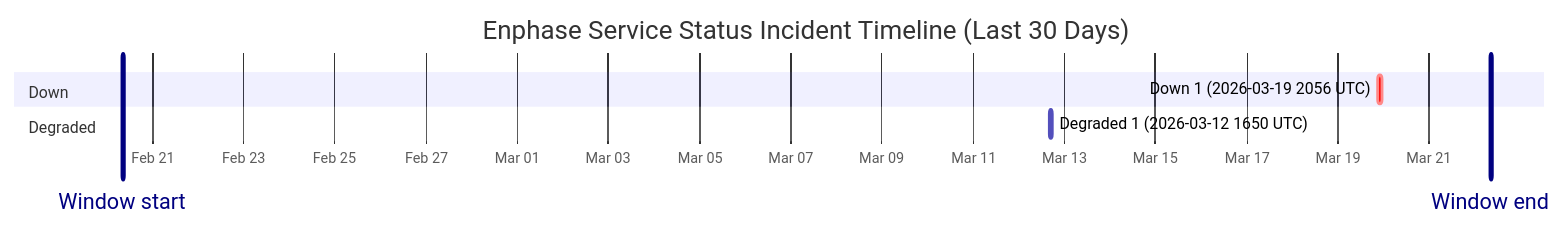
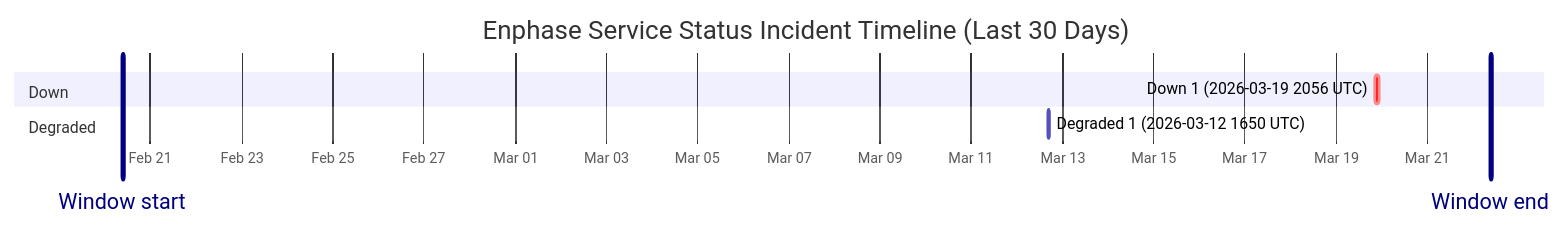
One commit to barneyonline/ha-enphase-ev-charger changed the diagram in wiki/Service-Status-History.md. Above: the diagram before and after it, drawn with Mermaid. The commit also changed other lines of this file and 3 other files, not shown here.

````diff
--- a/wiki/Service-Status-History.md
+++ b/wiki/Service-Status-History.md
@@ -14,12 +14,12 @@
 ```mermaid
 gantt
     title Enphase Service Status Incident Timeline (Last 30 Days)
     dateFormat  YYYY-MM-DDTHH:mm:ss
     axisFormat  %b %d
-    Window start :vert, window-start, 2026-02-20T08:23:38, 0ms
-    Window end :vert, window-end, 2026-03-22T08:23:38, 0ms
+    Window start :vert, window-start, 2026-02-20T09:23:28, 0ms
+    Window end :vert, window-end, 2026-03-22T09:23:28, 0ms
     section Down
     Down 1 (2026-03-19 2056 UTC) :crit, down-1, 2026-03-19T20:56:20, 145m
     section Degraded
     Degraded 1 (2026-03-12 1650 UTC) :active, degraded-1, 2026-03-12T16:50:43, 60m
 ```
````
